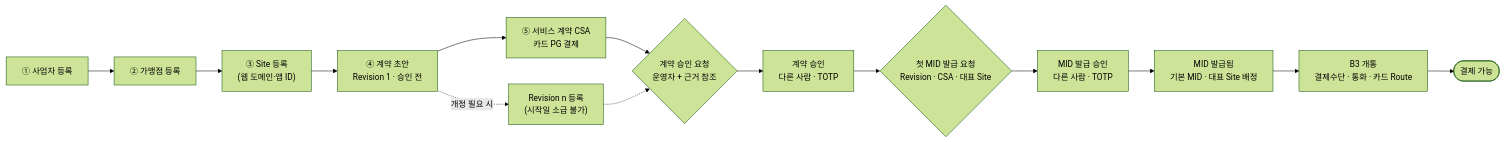
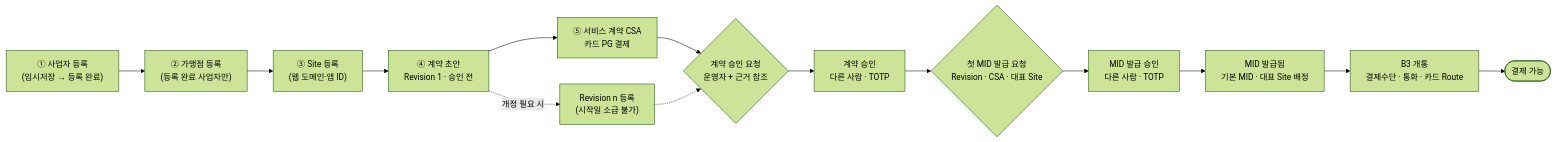
Before and after one commit to goodsy/new-pay: the first of 2 diagrams in docs/merchant-onboarding/01-business-flow.md, drawn with Mermaid (forest theme). The commit also changed other lines of this file and 89 other files, not shown here.

````diff
--- a/docs/merchant-onboarding/01-business-flow.md
+++ b/docs/merchant-onboarding/01-business-flow.md
@@ -5,14 +5,14 @@
 ```mermaid
 flowchart LR
-  A["① 사업자 등록"] --> B["② 가맹점 등록"] --> C["③ Site 등록<br/>(웹 도메인·앱 ID)"]
+  A["① 사업자 등록<br/>(임시저장 → 등록 완료)"] --> B["② 가맹점 등록<br/>(등록 완료 사업자만)"] --> C["③ Site 등록<br/>(웹 도메인·앱 ID)"]
   C --> D["④ 계약 초안<br/>Revision 1 · 승인 전"]
   D --> E["⑤ 서비스 계약 CSA<br/>카드 PG 결제"]
   E --> F{"계약 승인 요청<br/>운영자 + 근거 참조"}
   D -. "개정 필요 시" .-> R["Revision n 등록<br/>(시작일 소급 불가)"] -.-> F
   F --> G["계약 승인<br/>다른 사람 · TOTP"]
   G --> H{"첫 MID 발급 요청<br/>Revision · CSA · 대표 Site"}
   H --> I["MID 발급 승인<br/>다른 사람 · TOTP"]
   I --> J["MID 발급됨<br/>기본 MID · 대표 Site 배정"]
   J --> K["B3 개통<br/>결제수단 · 통화 · 카드 Route"]
   K --> L(["결제 가능"])
 ```
````
